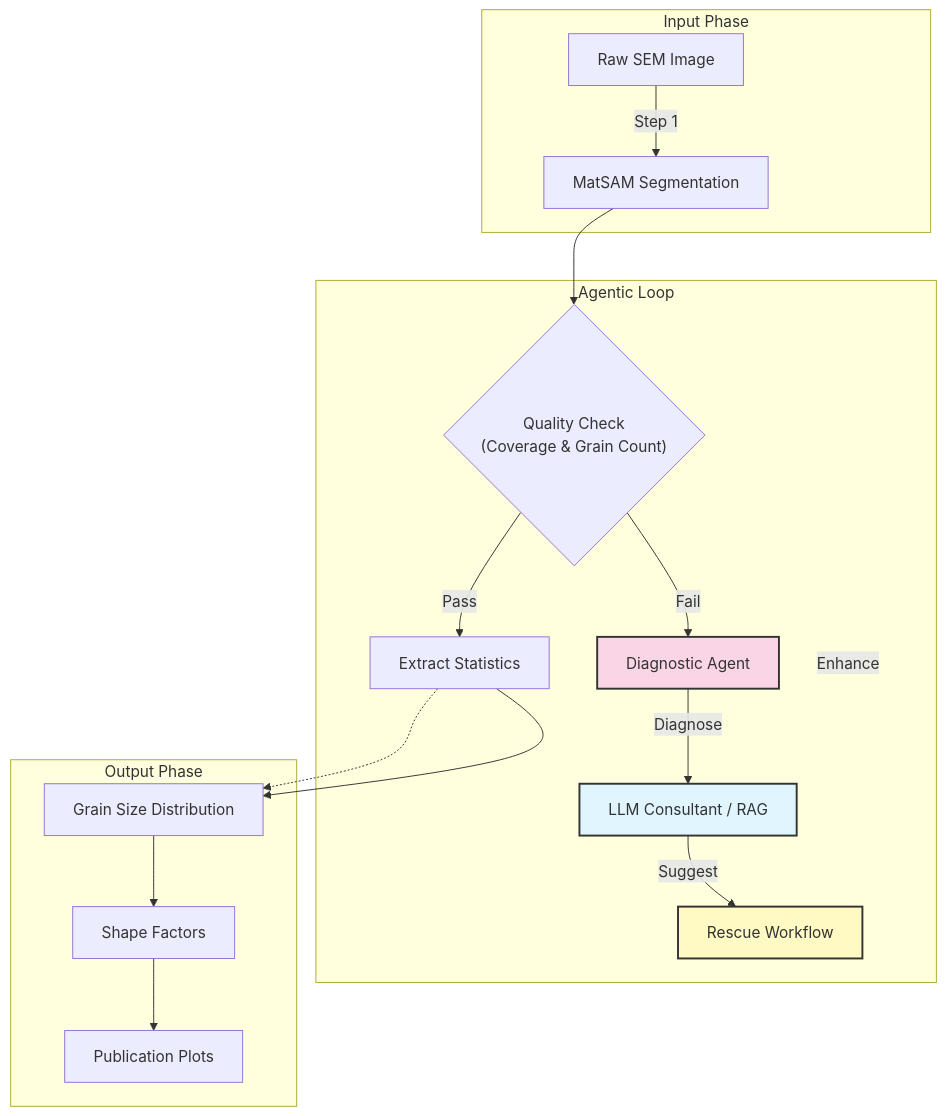
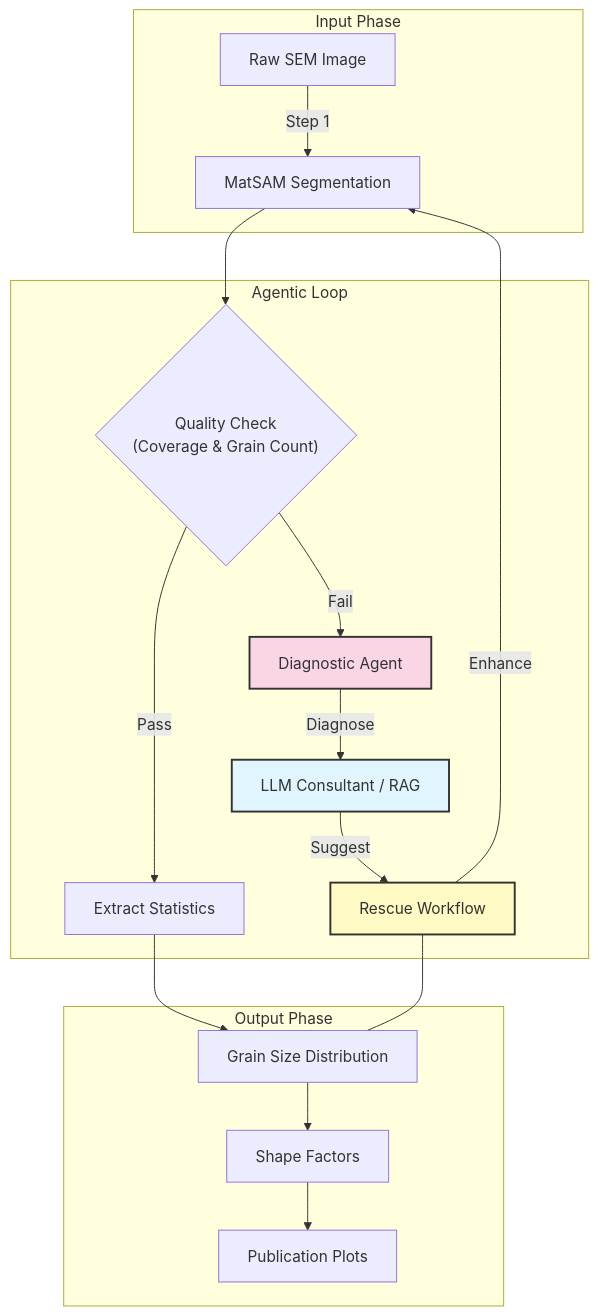
One commit to AliBaghizadeh/sem-image--agent-segmentation changed the diagram in README.md. Above: the diagram before and after it, drawn with Mermaid.

Commit message:
change mermaid graph

````diff
--- a/README.md
+++ b/README.md
@@ -102,32 +102,31 @@
 ```mermaid
 graph TD
     subgraph "Input Phase"
     A[Raw SEM Image] -->|Step 1| B[MatSAM Segmentation]
     end
 
     subgraph "Agentic Loop"
     B --> C{"Quality Check<br/>(Coverage & Grain Count)"}
     C -->|Pass| D[Extract Statistics]
     C -->|Fail| E[Diagnostic Agent]
     E -->|Diagnose| F[LLM Consultant / RAG]
     F -->|Suggest| G[Rescue Workflow]
     G -->|Enhance| B
     end
 
-    %% Invisible vertical alignment helper (correct anchor)
-    D -.-> H
-    linkStyle 6 opacity:0
+    %% Force same vertical rank
+    G --- H
 
     subgraph "Output Phase"
     H[Grain Size Distribution]
     H --> I[Shape Factors]
     I --> J[Publication Plots]
     end
 
-    %% Real connection
+    %% Real flow
     D --> H
     
     style E fill:#f9d5e5,stroke:#333,stroke-width:2px
     style F fill:#e1f5fe,stroke:#333,stroke-width:2px
     style G fill:#fff9c4,stroke:#333,stroke-width:2px
 ```
````
